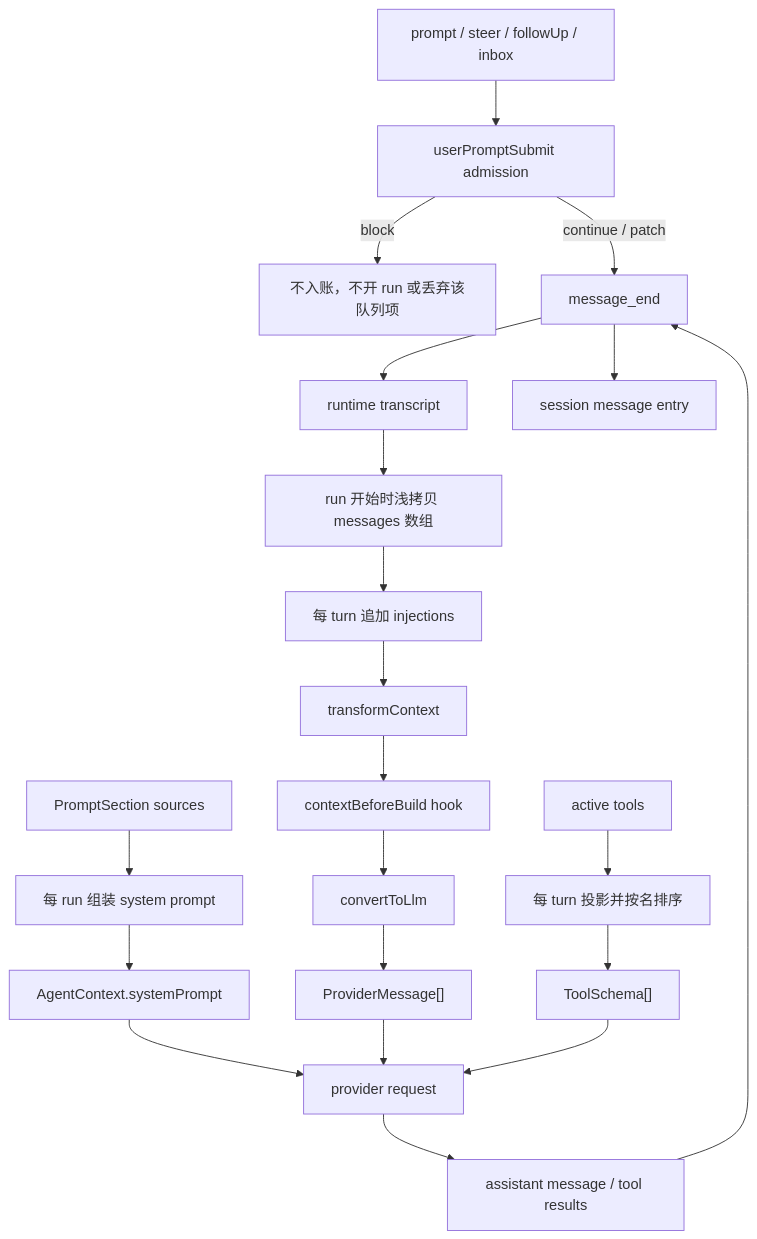
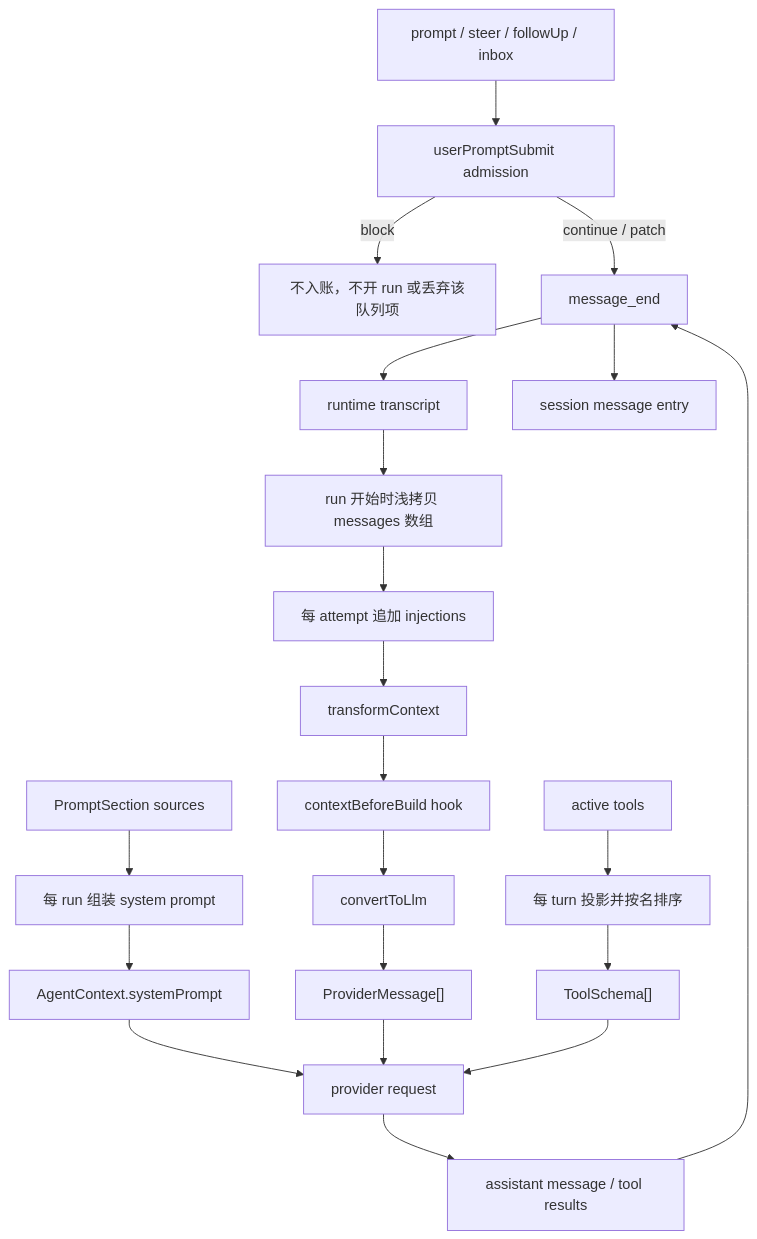
One commit to echo-yiyi/echo-agent changed the diagram in docs/design/context-and-message-flow.md. Above: the diagram before and after it, drawn with Mermaid. The commit also changed other lines of this file and 4 other files, not shown here.

````diff
--- a/docs/design/context-and-message-flow.md
+++ b/docs/design/context-and-message-flow.md
@@ -51,23 +50,23 @@
 ```mermaid
 flowchart TD
     A["prompt / steer / followUp / inbox"] --> B["userPromptSubmit admission"]
     B -->|block| X["不入账，不开 run 或丢弃该队列项"]
     B -->|continue / patch| C["message_end"]
     C --> D["runtime transcript"]
     C --> E["session message entry"]
     D --> F["run 开始时浅拷贝 messages 数组"]
     P["PromptSection sources"] --> Q["每 run 组装 system prompt"]
     Q --> R["AgentContext.systemPrompt"]
-    F --> G["每 turn 追加 injections"]
+    F --> G["每 attempt 追加 injections"]
     G --> H["transformContext"]
     H --> I["contextBeforeBuild hook"]
     I --> J["convertToLlm"]
     J --> K["ProviderMessage[]"]
     T["active tools"] --> U["每 turn 投影并按名排序"]
     U --> V["ToolSchema[]"]
     R --> W["provider request"]
     K --> W
     V --> W
     W --> Y["assistant message / tool results"]
     Y --> C
 ```
````
